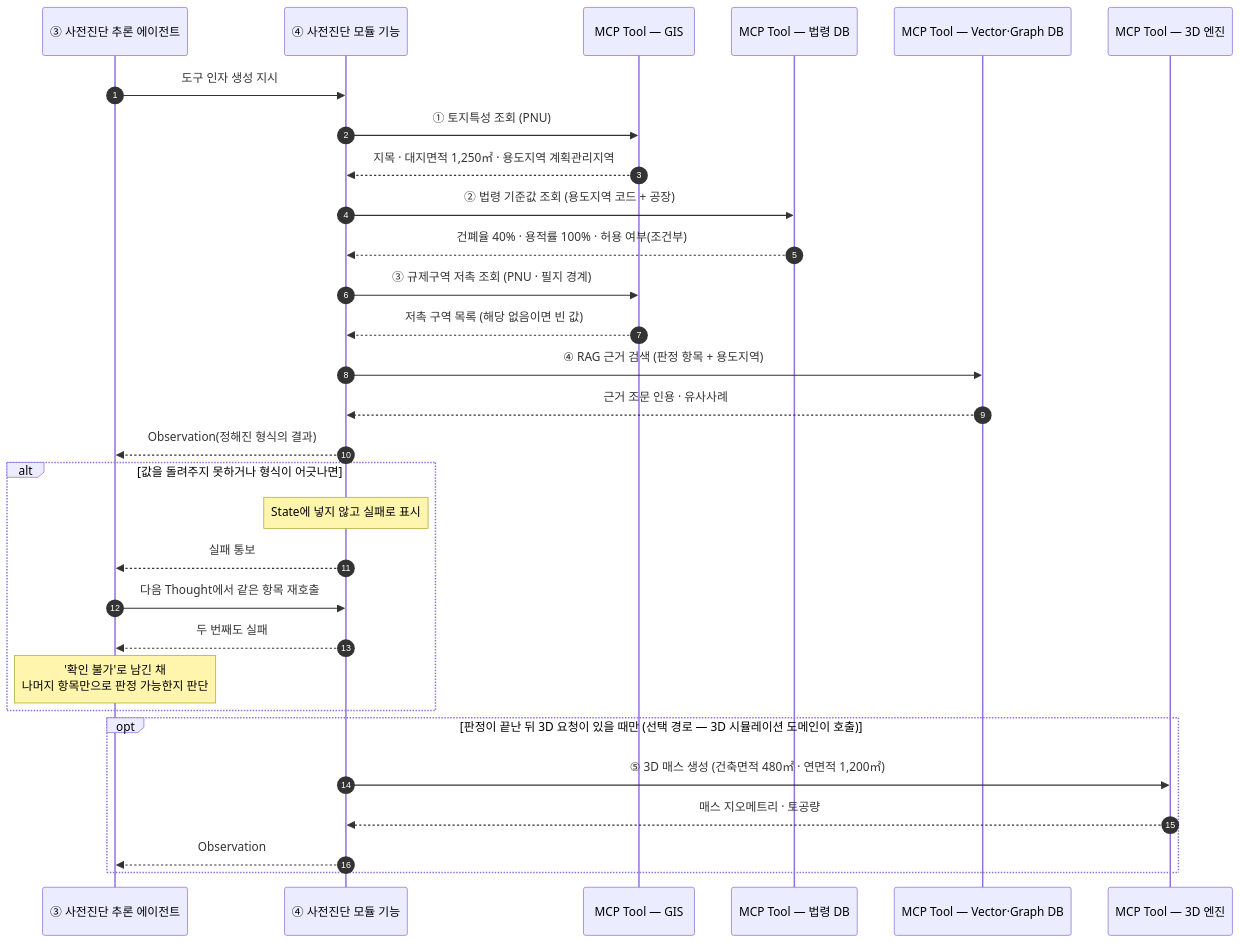
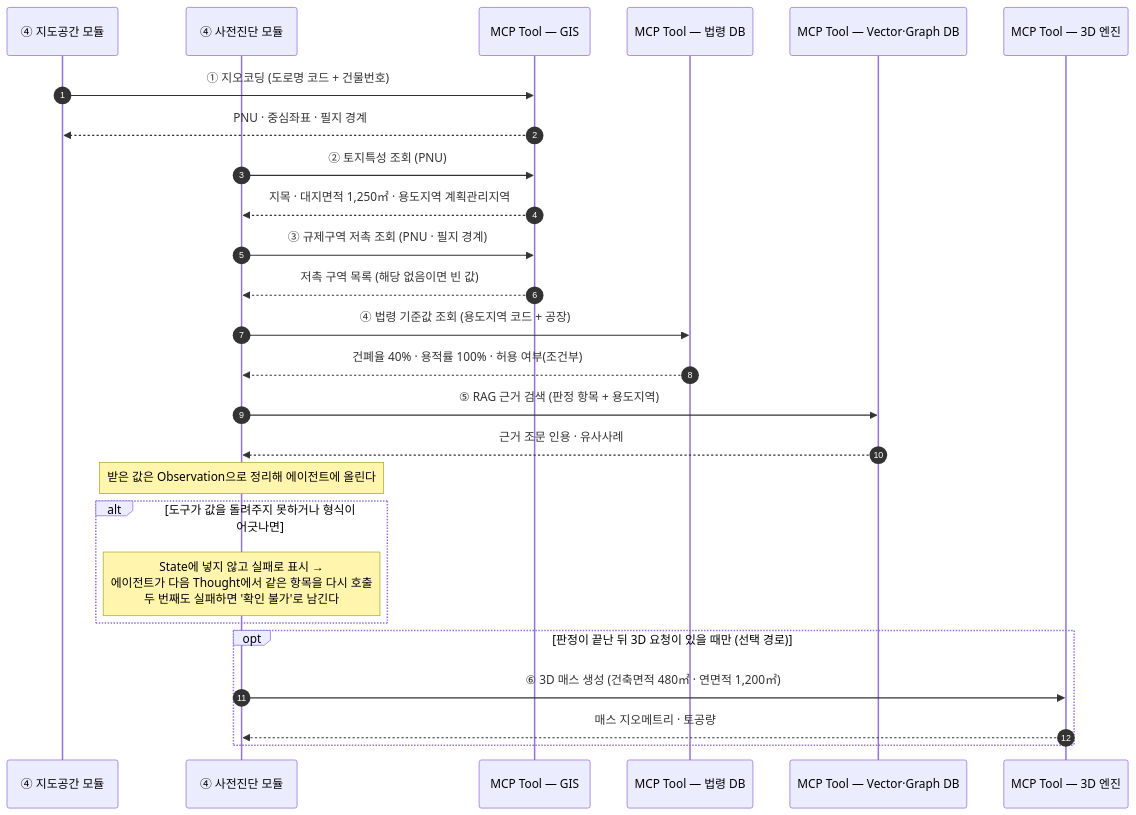
One commit to madlrengg100/permit-copilot changed diagram 11 of 11 in docs/MCP-AGENT-SEQUENCE1.md. Above: the diagram before and after it, drawn with Mermaid. The commit also changed other lines of this file, not shown here.

First line of the commit message:
docs(MCP-AGENT-SEQUENCE1): 5장을 계층 쌍별 5.1~5.4로 재편하고 지운 내용 복구

````diff
--- a/docs/MCP-AGENT-SEQUENCE1.md
+++ b/docs/MCP-AGENT-SEQUENCE1.md
@@ -611,40 +620,36 @@
 ```mermaid
 sequenceDiagram
     autonumber
-    participant AG as ③ 사전진단 추론 에이전트
-    participant MO as ④ 사전진단 모듈 기능
+    participant MM as ④ 지도공간 모듈
+    participant MD as ④ 사전진단 모듈
     participant GIS as MCP Tool — GIS
     participant LAW as MCP Tool — 법령 DB
     participant RAG as MCP Tool — Vector·Graph DB
     participant E3D as MCP Tool — 3D 엔진
 
-    AG->>MO: 도구 인자 생성 지시
+    MM->>GIS: ① 지오코딩 (도로명 코드 + 건물번호)
+    GIS-->>MM: PNU · 중심좌표 · 필지 경계
 
-    MO->>GIS: ① 토지특성 조회 (PNU)
-    GIS-->>MO: 지목 · 대지면적 1,250㎡ · 용도지역 계획관리지역
+    MD->>GIS: ② 토지특성 조회 (PNU)
+    GIS-->>MD: 지목 · 대지면적 1,250㎡ · 용도지역 계획관리지역
 
-    MO->>LAW: ② 법령 기준값 조회 (용도지역 코드 + 공장)
-    LAW-->>MO: 건폐율 40% · 용적률 100% · 허용 여부(조건부)
+    MD->>GIS: ③ 규제구역 저촉 조회 (PNU · 필지 경계)
+    GIS-->>MD: 저촉 구역 목록 (해당 없음이면 빈 값)
 
-    MO->>GIS: ③ 규제구역 저촉 조회 (PNU · 필지 경계)
-    GIS-->>MO: 저촉 구역 목록 (해당 없음이면 빈 값)
+    MD->>LAW: ④ 법령 기준값 조회 (용도지역 코드 + 공장)
+    LAW-->>MD: 건폐율 40% · 용적률 100% · 허용 여부(조건부)
 
-    MO->>RAG: ④ RAG 근거 검색 (판정 항목 + 용도지역)
-    RAG-->>MO: 근거 조문 인용 · 유사사례
+    MD->>RAG: ⑤ RAG 근거 검색 (판정 항목 + 용도지역)
+    RAG-->>MD: 근거 조문 인용 · 유사사례
 
-    MO-->>AG: Observation(정해진 형식의 결과)
+    Note over MD: 받은 값은 Observation으로 정리해 에이전트에 올린다
 
-    alt 값을 돌려주지 못하거나 형식이 어긋나면
-        Note over MO: State에 넣지 않고 실패로 표시
-        MO-->>AG: 실패 통보
-        AG->>MO: 다음 Thought에서 같은 항목 재호출
-        MO-->>AG: 두 번째도 실패
-        Note over AG: '확인 불가'로 남긴 채<br/>나머지 항목만으로 판정 가능한지 판단
+    alt 도구가 값을 돌려주지 못하거나 형식이 어긋나면
+        Note over MD: State에 넣지 않고 실패로 표시 →<br/>에이전트가 다음 Thought에서 같은 항목을 다시 호출<br/>두 번째도 실패하면 '확인 불가'로 남긴다
     end
 
-    opt 판정이 끝난 뒤 3D 요청이 있을 때만 (선택 경로 — 3D 시뮬레이션 도메인이 호출)
-        MO->>E3D: ⑤ 3D 매스 생성 (건축면적 480㎡ · 연면적 1,200㎡)
-        E3D-->>MO: 매스 지오메트리 · 토공량
-        MO-->>AG: Observation
+    opt 판정이 끝난 뒤 3D 요청이 있을 때만 (선택 경로)
+        MD->>E3D: ⑥ 3D 매스 생성 (건축면적 480㎡ · 연면적 1,200㎡)
+        E3D-->>MD: 매스 지오메트리 · 토공량
     end
 ```
````
